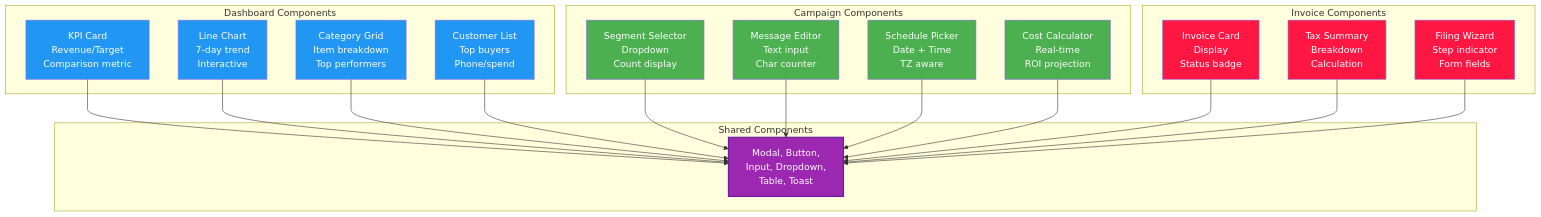
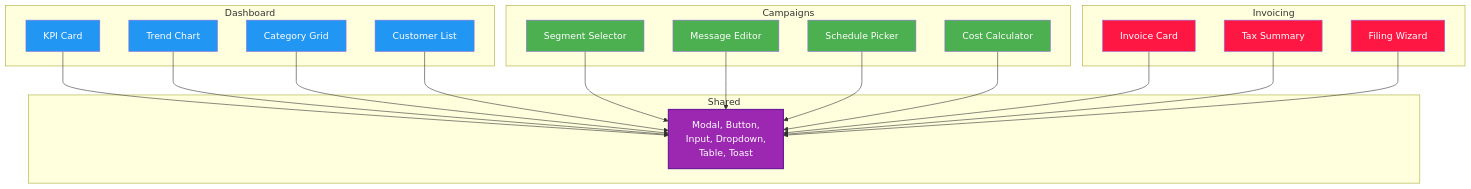
Diagram 18 of 19 in product-areas/sme-merchants-product-design.md (lamtquyen03/momo-product-engineering), drawn with Mermaid before and after one commit. The commit also changed other lines of this file, not shown here.

Commit message:
[OPTIMIZE] Condense Section 4 - preserve Mermaid diagrams, remove verbose SQL/examples

````diff
--- a/product-areas/sme-merchants-product-design.md
+++ b/product-areas/sme-merchants-product-design.md
@@ -1327,51 +940,51 @@
 ```mermaid
 graph TB
-    subgraph "Dashboard Components"
-        C1["KPI Card<br/>Revenue/Target<br/>Comparison metric"]
-        C2["Line Chart<br/>7-day trend<br/>Interactive"]
-        C3["Category Grid<br/>Item breakdown<br/>Top performers"]
-        C4["Customer List<br/>Top buyers<br/>Phone/spend"]
+    subgraph "Dashboard"
+        C1["KPI Card"]
+        C2["Trend Chart"]
+        C3["Category Grid"]
+        C4["Customer List"]
     end
 
-    subgraph "Campaign Components"
-        C5["Segment Selector<br/>Dropdown<br/>Count display"]
-        C6["Message Editor<br/>Text input<br/>Char counter"]
-        C7["Schedule Picker<br/>Date + Time<br/>TZ aware"]
-        C8["Cost Calculator<br/>Real-time<br/>ROI projection"]
+    subgraph "Campaigns"
+        C5["Segment Selector"]
+        C6["Message Editor"]
+        C7["Schedule Picker"]
+        C8["Cost Calculator"]
     end
 
-    subgraph "Invoice Components"
-        C9["Invoice Card<br/>Display<br/>Status badge"]
-        C10["Tax Summary<br/>Breakdown<br/>Calculation"]
-        C11["Filing Wizard<br/>Step indicator<br/>Form fields"]
+    subgraph "Invoicing"
+        C9["Invoice Card"]
+        C10["Tax Summary"]
+        C11["Filing Wizard"]
     end
 
-    subgraph "Shared Components"
+    subgraph "Shared"
         SHARED["Modal, Button,<br/>Input, Dropdown,<br/>Table, Toast"]
     end
 
     C1 --> SHARED
     C2 --> SHARED
     C3 --> SHARED
     C4 --> SHARED
     C5 --> SHARED
     C6 --> SHARED
     C7 --> SHARED
     C8 --> SHARED
     C9 --> SHARED
     C10 --> SHARED
     C11 --> SHARED
 
     style C1 fill:#2196F3,color:#fff
     style C2 fill:#2196F3,color:#fff
     style C3 fill:#2196F3,color:#fff
     style C4 fill:#2196F3,color:#fff
     style C5 fill:#4CAF50,color:#fff
     style C6 fill:#4CAF50,color:#fff
     style C7 fill:#4CAF50,color:#fff
     style C8 fill:#4CAF50,color:#fff
     style C9 fill:#FF1744,color:#fff
     style C10 fill:#FF1744,color:#fff
     style C11 fill:#FF1744,color:#fff
     style SHARED fill:#9C27B0,color:#fff,stroke:#6A1B9A,stroke-width:2px
 ```
````
